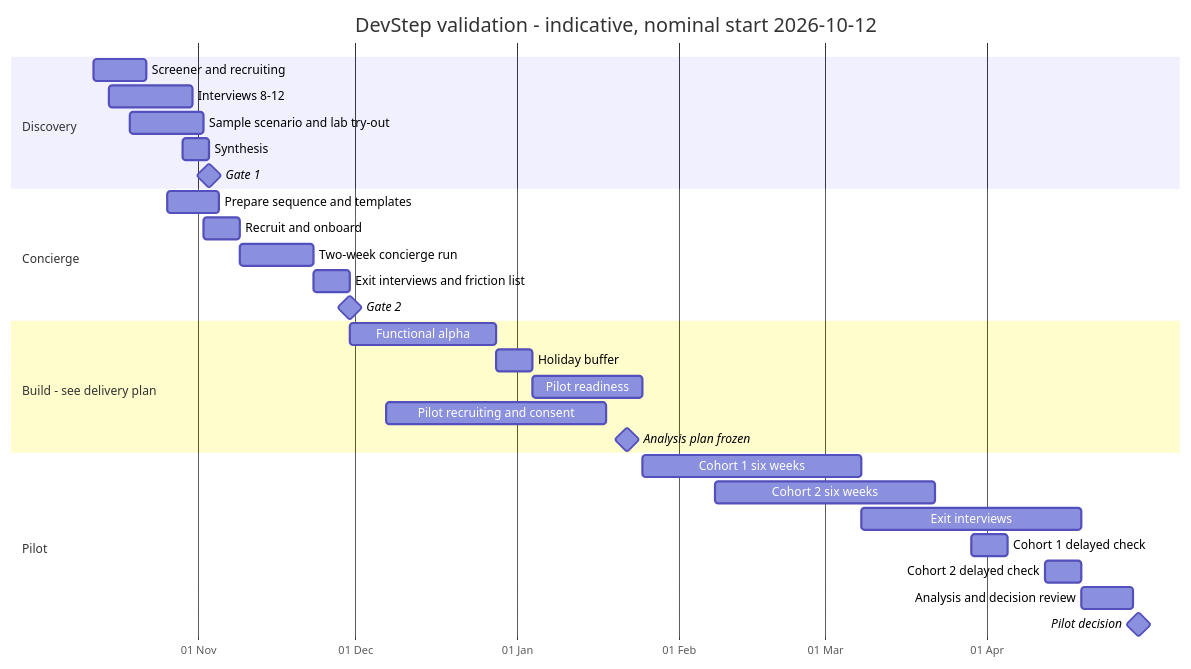
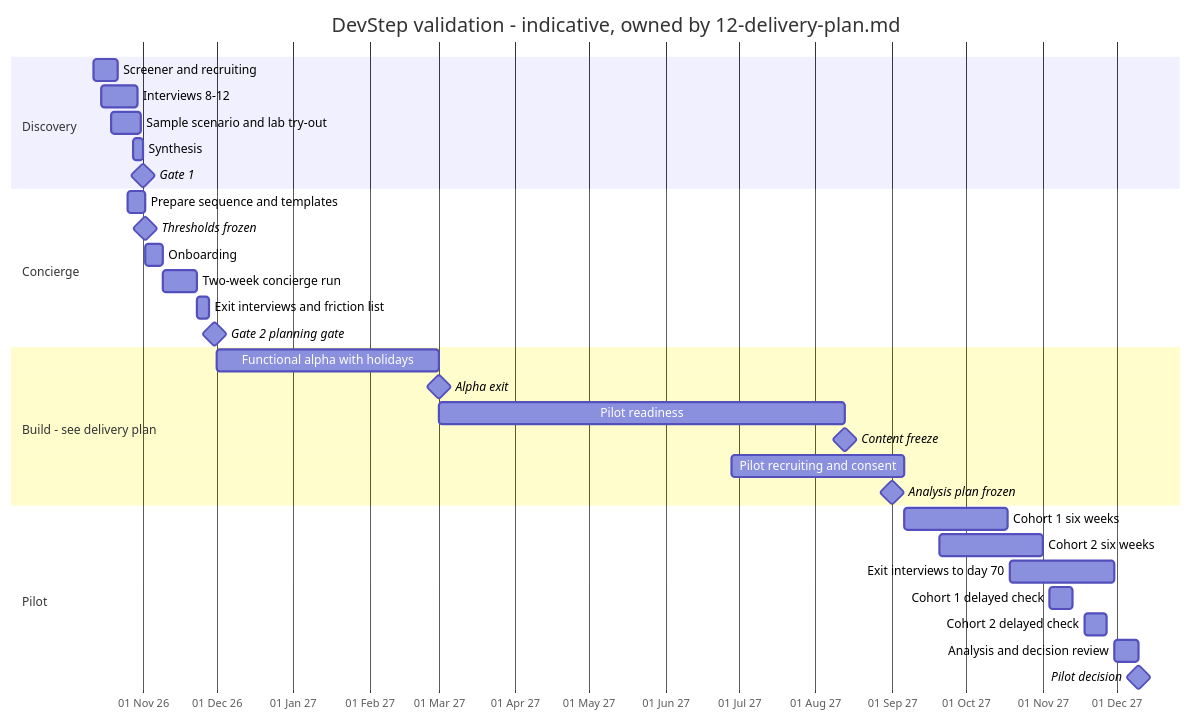
One commit to GhanshyamSoni68/app_idea changed the second of 2 diagrams in devstep/docs/10-measurement-and-validation.md. Above: the diagram before and after it, drawn with Mermaid. The commit also changed other lines of this file and 8 other files, not shown here.

First line of the commit message:
Apply cross-review rulings to planning docs (in progress)

````diff
--- a/devstep/docs/10-measurement-and-validation.md
+++ b/devstep/docs/10-measurement-and-validation.md
@@ -941,32 +993,34 @@
 ```mermaid
 gantt
-    title DevStep validation - indicative, nominal start 2026-10-12
+    title DevStep validation - indicative, owned by 12-delivery-plan.md
     dateFormat YYYY-MM-DD
-    axisFormat %d %b
+    axisFormat %d %b %y
     section Discovery
     Screener and recruiting            :d1, 2026-10-12, 10d
-    Interviews 8-12                    :d2, 2026-10-15, 16d
-    Sample scenario and lab try-out    :d3, 2026-10-19, 14d
-    Synthesis                          :d4, 2026-10-29, 5d
-    Gate 1                             :milestone, g1, 2026-11-03, 0d
+    Interviews 8-12                    :d2, 2026-10-15, 15d
+    Sample scenario and lab try-out    :d3, 2026-10-19, 12d
+    Synthesis                          :d4, 2026-10-28, 4d
+    Gate 1                             :milestone, g1, 2026-11-01, 0d
     section Concierge
-    Prepare sequence and templates     :c1, 2026-10-26, 10d
-    Recruit and onboard                :c2, 2026-11-02, 7d
+    Prepare sequence and templates     :c1, 2026-10-26, 7d
+    Thresholds frozen                  :milestone, tf, 2026-11-02, 0d
+    Onboarding                         :c2, 2026-11-02, 7d
     Two-week concierge run             :c3, 2026-11-09, 14d
-    Exit interviews and friction list  :c4, 2026-11-23, 7d
-    Gate 2                             :milestone, g2, 2026-11-30, 0d
+    Exit interviews and friction list  :c4, 2026-11-23, 5d
+    Gate 2 planning gate               :milestone, g2, 2026-11-30, 0d
     section Build - see delivery plan
-    Functional alpha                   :b1, 2026-11-30, 28d
-    Holiday buffer                     :b2, 2026-12-28, 7d
-    Pilot readiness                    :b3, 2027-01-04, 21d
-    Pilot recruiting and consent       :b4, 2026-12-07, 42d
-    Analysis plan frozen               :milestone, ap, 2027-01-22, 0d
+    Functional alpha with holidays     :b1, 2026-12-01, 90d
+    Alpha exit                         :milestone, ae, 2027-03-01, 0d
+    Pilot readiness                    :b2, 2027-03-01, 165d
+    Content freeze                     :milestone, cf, 2027-08-13, 0d
+    Pilot recruiting and consent       :b3, 2027-06-28, 70d
+    Analysis plan frozen               :milestone, ap, 2027-09-01, 0d
     section Pilot
-    Cohort 1 six weeks                 :p1, 2027-01-25, 42d
-    Cohort 2 six weeks                 :p2, 2027-02-08, 42d
-    Exit interviews                    :p3, 2027-03-08, 42d
-    Cohort 1 delayed check             :p4, 2027-03-29, 7d
-    Cohort 2 delayed check             :p5, 2027-04-12, 7d
-    Analysis and decision review       :p6, 2027-04-19, 10d
-    Pilot decision                     :milestone, pd, 2027-04-30, 0d
+    Cohort 1 six weeks                 :p1, 2027-09-06, 42d
+    Cohort 2 six weeks                 :p2, 2027-09-20, 42d
+    Exit interviews to day 70          :p3, 2027-10-19, 42d
+    Cohort 1 delayed check             :p4, 2027-11-04, 9d
+    Cohort 2 delayed check             :p5, 2027-11-18, 9d
+    Analysis and decision review       :p6, 2027-11-30, 10d
+    Pilot decision                     :milestone, pd, 2027-12-10, 0d
 ```
````
